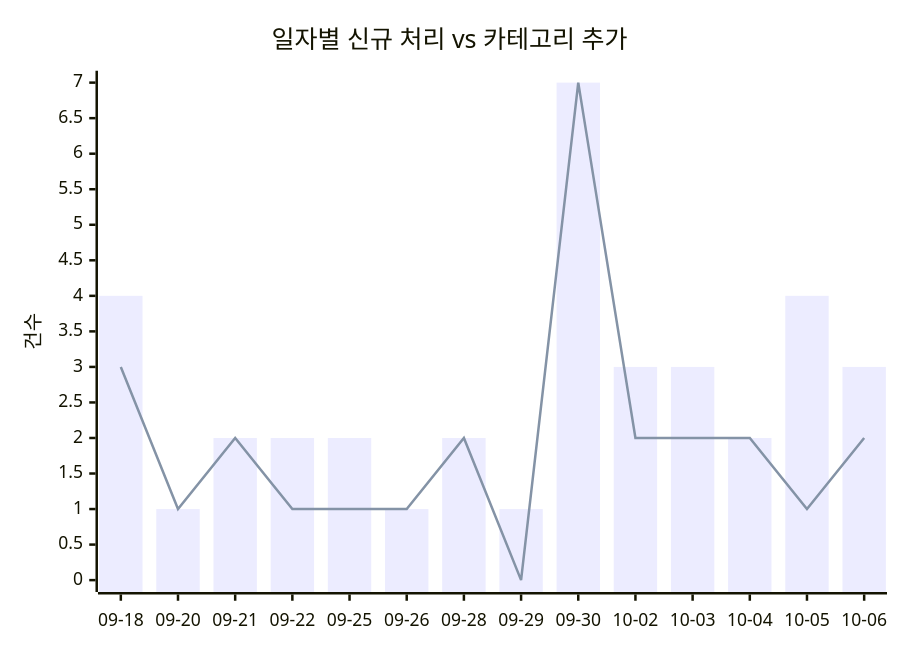
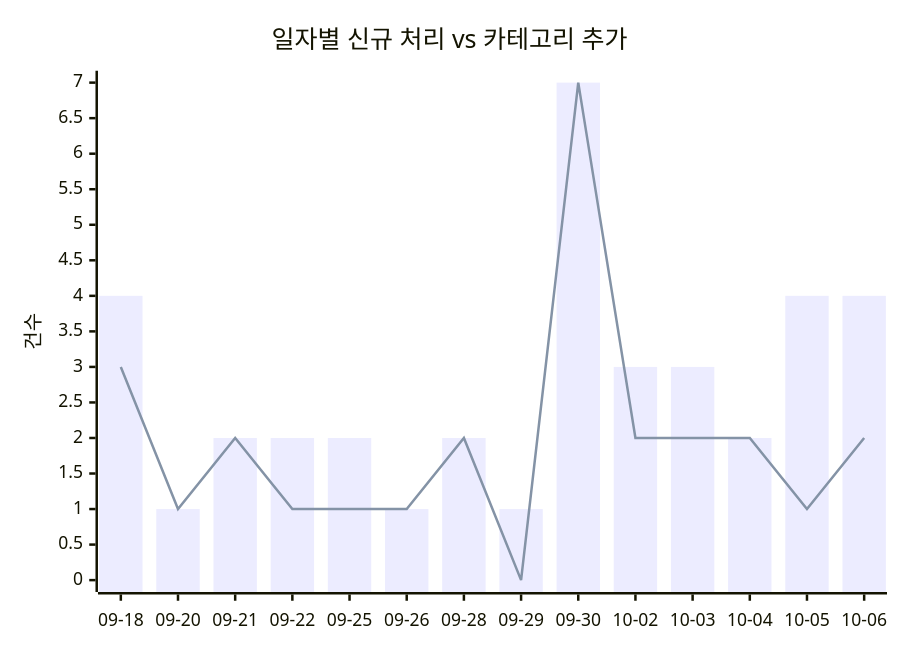
One commit to J-nowcow/awesome-korean-agent-skills changed the first of 2 diagrams in docs/trends.md. Above: the diagram before and after it, drawn with Mermaid. The commit also changed other lines of this file and 2 other files, not shown here.

````diff
--- a/docs/trends.md
+++ b/docs/trends.md
@@ -32,8 +32,8 @@
 ```mermaid
 xychart-beta
     title "일자별 신규 처리 vs 카테고리 추가"
     x-axis ["09-18","09-20","09-21","09-22","09-25","09-26","09-28","09-29","09-30","10-02","10-03","10-04","10-05","10-06"]
     y-axis "건수"
-    bar [4,1,2,2,2,1,2,1,7,3,3,2,4,3]
+    bar [4,1,2,2,2,1,2,1,7,3,3,2,4,4]
     line [3,1,2,1,1,1,2,0,7,2,2,2,1,2]
 ```
````
